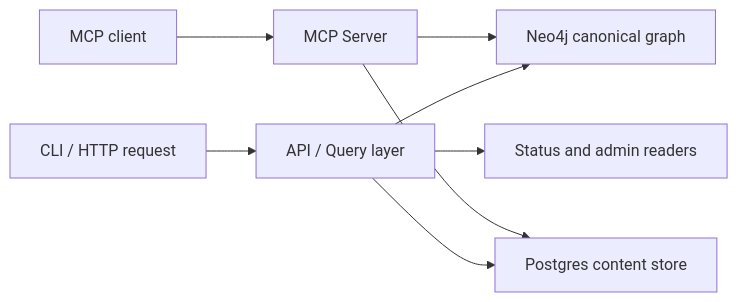
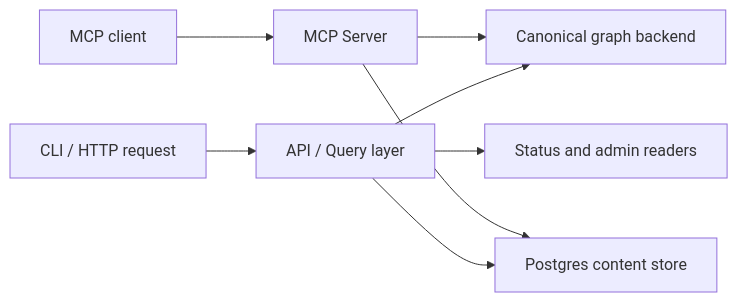
One commit to platformcontext/platform-context-graph changed the third of 3 diagrams in docs/docs/architecture.md. Above: the diagram before and after it, drawn with Mermaid. The commit also changed other lines of this file and 153 other files, not shown here.

````diff
--- a/docs/docs/architecture.md
+++ b/docs/docs/architecture.md
@@ -189,10 +195,10 @@
 ```mermaid
 flowchart LR
   A["CLI / HTTP request"] --> B["API / Query layer"]
   F["MCP client"] --> G["MCP Server"]
-  B --> C["Neo4j canonical graph"]
+  B --> C["Canonical graph backend"]
   B --> D["Postgres content store"]
   B --> E["Status and admin readers"]
   G --> C
   G --> D
 ```
````
